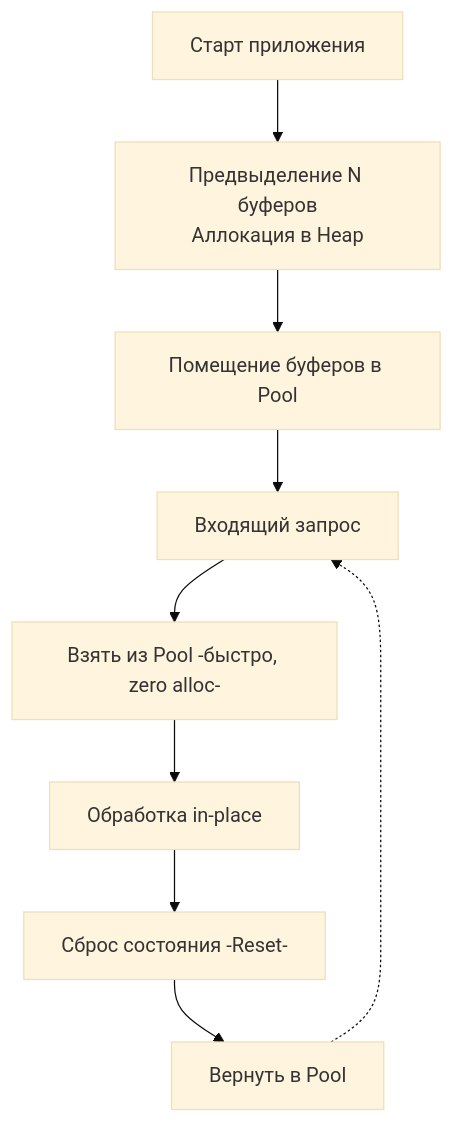
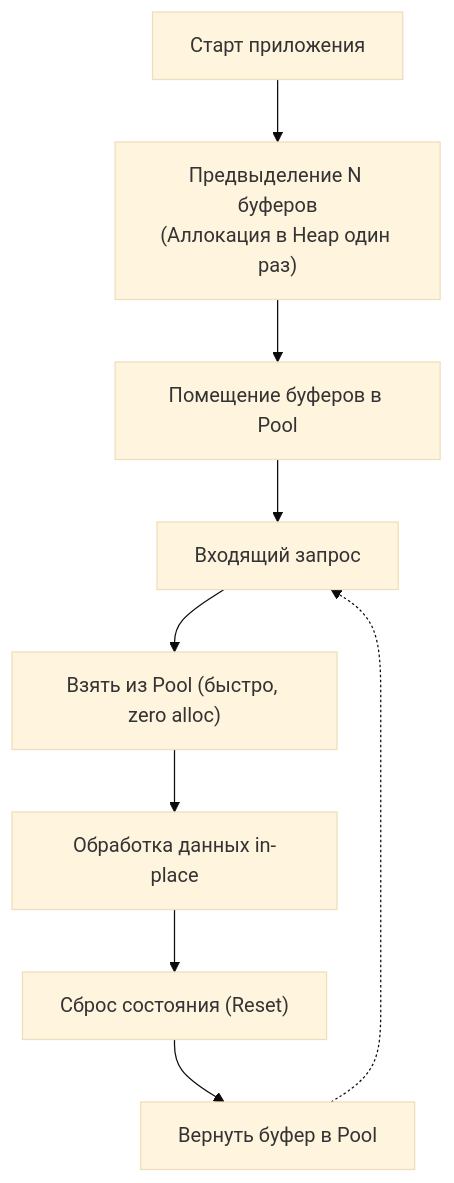
One commit to UnrealTemplier/go-textbook changed the second of 2 diagrams in sources/16. Профилирование, отладка и производительность/09. Практические оптимизации/9. Zero allocation подход.md. Above: the diagram before and after it, drawn with Mermaid (base theme). The commit also changed other lines of this file, not shown here.

Commit message:
feat(module-16): editorial rewrite of lecture 9 (Zero allocation подход) in Subsection 09 in Kernighan style

````diff
--- a/sources/16. Профилирование, отладка и производительность/09. Практические оптимизации/9. Zero allocation подход.md
+++ b/sources/16. Профилирование, отладка и производительность/09. Практические оптимизации/9. Zero allocation подход.md
@@ -28,12 +47,12 @@
 ```mermaid
 flowchart TD
-    A["Старт приложения"] --> B["Предвыделение N буферов<br>Аллокация в Heap"]
+    A["Старт приложения"] --> B["Предвыделение N буферов<br/>(Аллокация в Heap один раз)"]
     B --> C["Помещение буферов в Pool"]
     C --> D["Входящий запрос"]
     
-    D --> E["Взять из Pool -быстро, zero alloc-"]
-    E --> F["Обработка in-place"]
-    F --> G["Сброс состояния -Reset-"]
-    G --> H["Вернуть в Pool"]
+    D --> E["Взять из Pool (быстро, zero alloc)"]
+    E --> F["Обработка данных in-place"]
+    F --> G["Сброс состояния (Reset)"]
+    G --> H["Вернуть буфер в Pool"]
     H -.-> D
 ```
````
